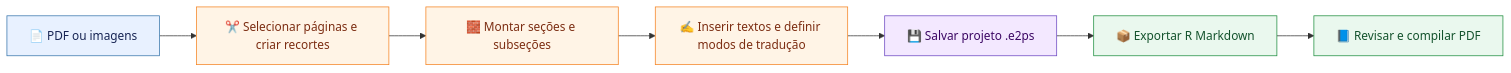
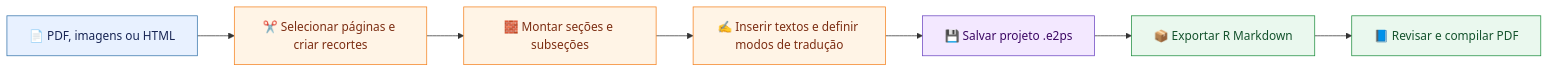
Before and after one commit to LucaswBohrer/e2ps-manual-builder: the diagram in README.md, drawn with Mermaid. The commit also changed other lines of this file and 10 other files, not shown here.

````diff
--- a/README.md
+++ b/README.md
@@ -45,19 +45,19 @@
 ```mermaid
 flowchart LR
-    A[📄 PDF ou imagens] --> B[✂️ Selecionar páginas e criar recortes]
+    A[📄 PDF, imagens ou HTML] --> B[✂️ Selecionar páginas e criar recortes]
     B --> C[🧱 Montar seções e subseções]
     C --> D[✍️ Inserir textos e definir modos de tradução]
     D --> E[💾 Salvar projeto .e2ps]
     E --> F[📦 Exportar R Markdown]
     F --> G[📘 Revisar e compilar PDF]
 
     classDef input fill:#E8F1FF,stroke:#3776AB,color:#172554;
     classDef edit fill:#FFF4E6,stroke:#F58220,color:#7C2D12;
     classDef save fill:#F3E8FF,stroke:#6B46C1,color:#3B0764;
     classDef output fill:#EAF8EE,stroke:#1E8E3E,color:#14532D;
 
     class A input;
     class B,C,D edit;
     class E save;
     class F,G output;
 ```
````
